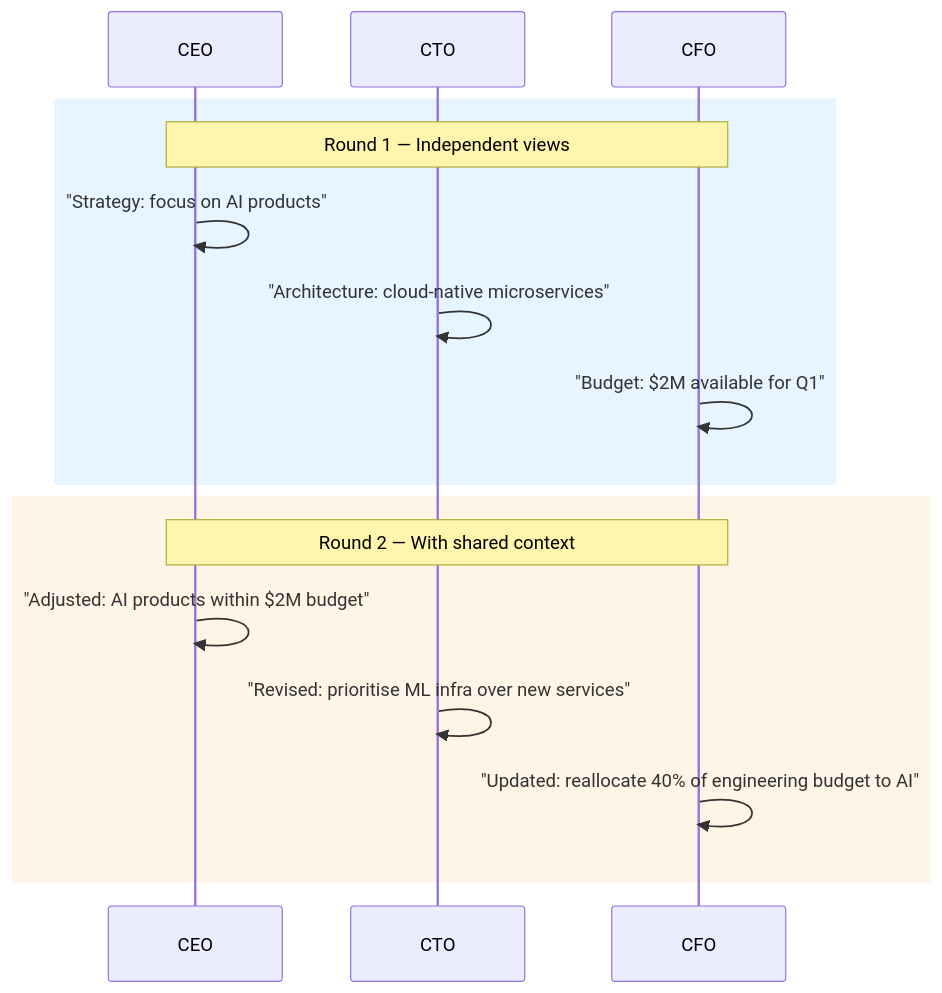
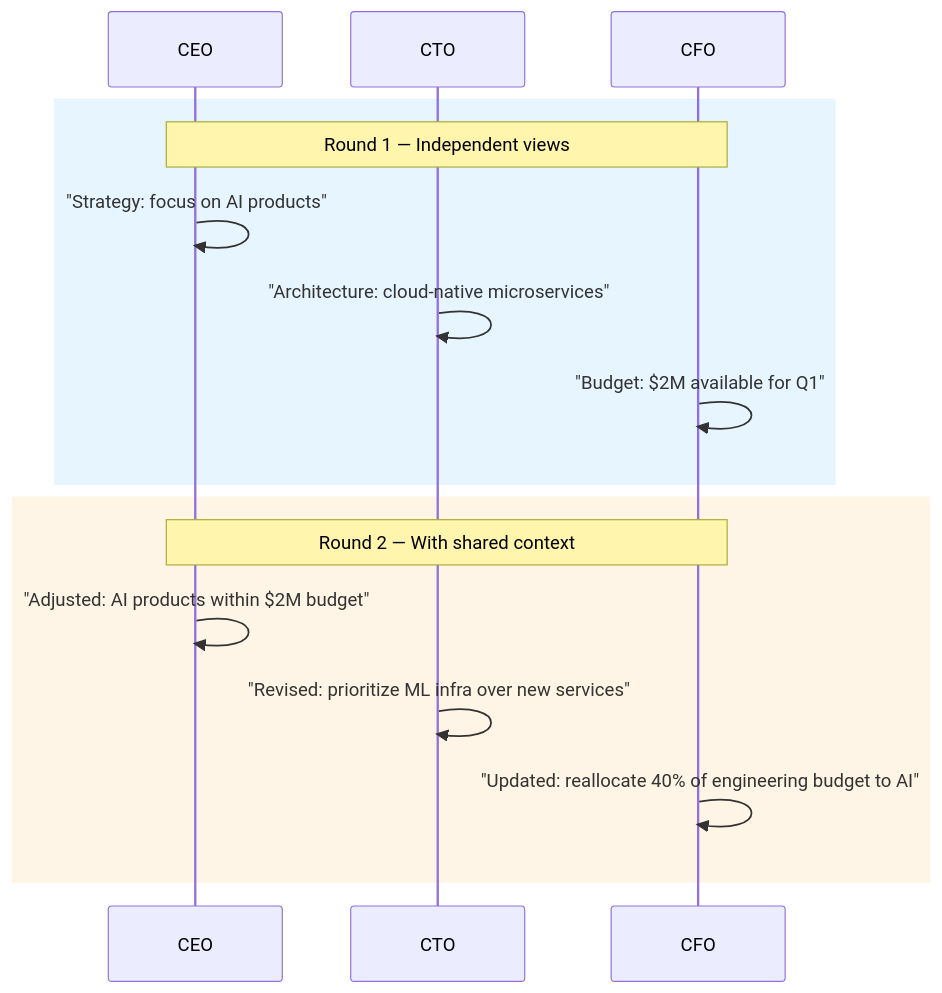
The diagram in docs/packages/patterns/structural/role-based.md (pyagent-core/pyagent), drawn with Mermaid before and after one commit. The commit also changed other lines of this file and 135 other files, not shown here.

````diff
--- a/docs/packages/patterns/structural/role-based.md
+++ b/docs/packages/patterns/structural/role-based.md
@@ -12,20 +16,20 @@
 ```mermaid
 sequenceDiagram
     participant CEO
     participant CTO
     participant CFO
 
     rect rgb(230, 245, 255)
         Note over CEO,CFO: Round 1 — Independent views
         CEO->>CEO: "Strategy: focus on AI products"
         CTO->>CTO: "Architecture: cloud-native microservices"
         CFO->>CFO: "Budget: $2M available for Q1"
     end
 
     rect rgb(255, 245, 230)
         Note over CEO,CFO: Round 2 — With shared context
         CEO->>CEO: "Adjusted: AI products within $2M budget"
-        CTO->>CTO: "Revised: prioritise ML infra over new services"
+        CTO->>CTO: "Revised: prioritize ML infra over new services"
         CFO->>CFO: "Updated: reallocate 40% of engineering budget to AI"
     end
 ```
````
